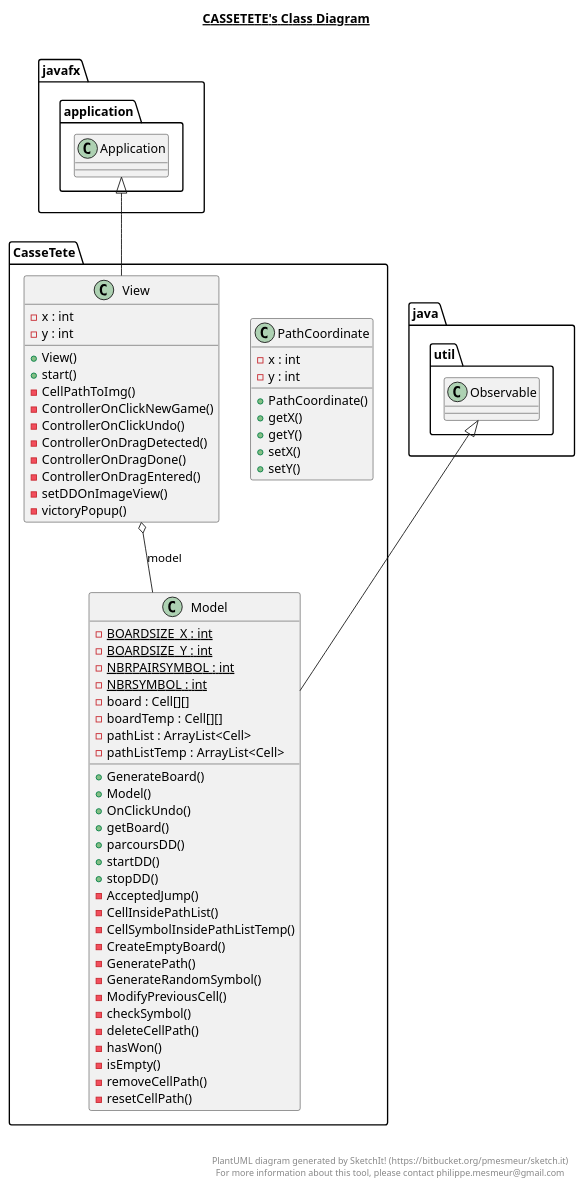
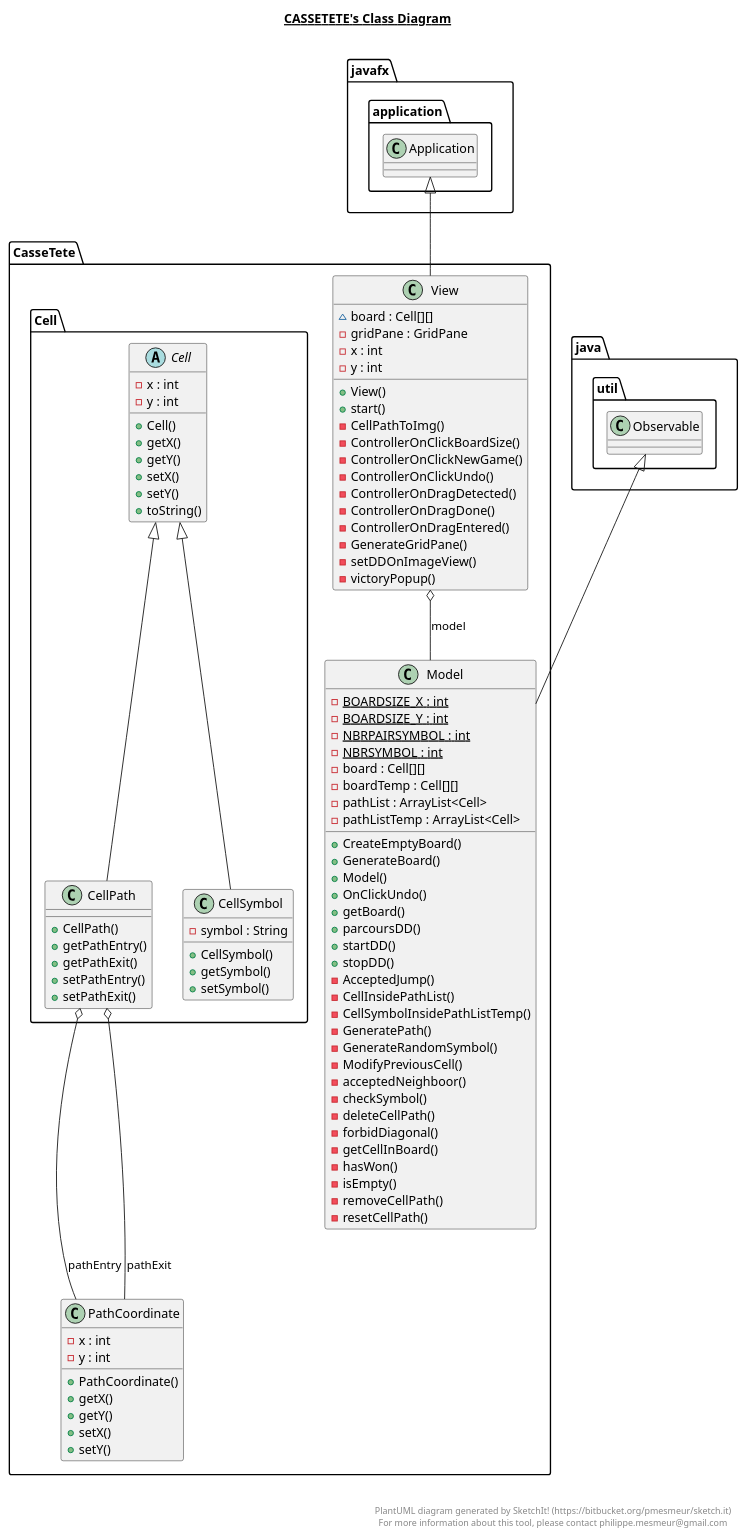
One commit to Mex21/CasseTete changed the diagram in src/CasseTete/CasseTete.plantuml. Above: the diagram before and after it, drawn with PlantUML. The commit also changed 7 other files, not shown here.

```diff
--- a/src/CasseTete/CasseTete.plantuml
+++ b/src/CasseTete/CasseTete.plantuml
@@ -1,82 +1,128 @@
 @startuml
 
 title __CASSETETE's Class Diagram__\n
+
+  namespace CasseTete {
+    abstract class CasseTete.Cell.Cell {
+        - x : int
+        - y : int
+        + Cell()
+        + getX()
+        + getY()
+        + setX()
+        + setY()
+        + toString()
+    }
+  }
+  
+
+  namespace CasseTete {
+    class CasseTete.Cell.CellPath {
+        + CellPath()
+        + getPathEntry()
+        + getPathExit()
+        + setPathEntry()
+        + setPathExit()
+    }
+  }
+  
+
+  namespace CasseTete {
+    class CasseTete.Cell.CellSymbol {
+        - symbol : String
+        + CellSymbol()
+        + getSymbol()
+        + setSymbol()
+    }
+  }
+  
 
   namespace CasseTete {
     class CasseTete.Model {
         {static} - BOARDSIZE_X : int
         {static} - BOARDSIZE_Y : int
         {static} - NBRPAIRSYMBOL : int
         {static} - NBRSYMBOL : int
         - board : Cell[][]
         - boardTemp : Cell[][]
         - pathList : ArrayList<Cell>
         - pathListTemp : ArrayList<Cell>
+        + CreateEmptyBoard()
         + GenerateBoard()
         + Model()
         + OnClickUndo()
         + getBoard()
         + parcoursDD()
         + startDD()
         + stopDD()
         - AcceptedJump()
         - CellInsidePathList()
         - CellSymbolInsidePathListTemp()
-        - CreateEmptyBoard()
         - GeneratePath()
         - GenerateRandomSymbol()
         - ModifyPreviousCell()
+        - acceptedNeighboor()
         - checkSymbol()
         - deleteCellPath()
+        - forbidDiagonal()
+        - getCellInBoard()
         - hasWon()
         - isEmpty()
         - removeCellPath()
         - resetCellPath()
     }
   }
   
 
   namespace CasseTete {
     class CasseTete.PathCoordinate {
         - x : int
         - y : int
         + PathCoordinate()
         + getX()
         + getY()
         + setX()
         + setY()
     }
   }
   
 
   namespace CasseTete {
     class CasseTete.View {
+        ~ board : Cell[][]
+        - gridPane : GridPane
         - x : int
         - y : int
         + View()
         + start()
         - CellPathToImg()
+        - ControllerOnClickBoardSize()
         - ControllerOnClickNewGame()
         - ControllerOnClickUndo()
         - ControllerOnDragDetected()
         - ControllerOnDragDone()
         - ControllerOnDragEntered()
+        - GenerateGridPane()
         - setDDOnImageView()
         - victoryPopup()
     }
   }
   
 
+  CasseTete.Cell.CellPath -up-|> CasseTete.Cell.Cell
+  CasseTete.Cell.CellPath o-- CasseTete.PathCoordinate : pathEntry
+  CasseTete.Cell.CellPath o-- CasseTete.PathCoordinate : pathExit
+  CasseTete.Cell.CellSymbol -up-|> CasseTete.Cell.Cell
   CasseTete.Model -up-|> java.util.Observable
   CasseTete.View -up-|> javafx.application.Application
   CasseTete.View o-- CasseTete.Model : model
 
 
 right footer
 
 
 PlantUML diagram generated by SketchIt! (https://bitbucket.org/pmesmeur/sketch.it)
 For more information about this tool, please contact philippe.mesmeur@gmail.com
 endfooter
 
 @enduml
```
